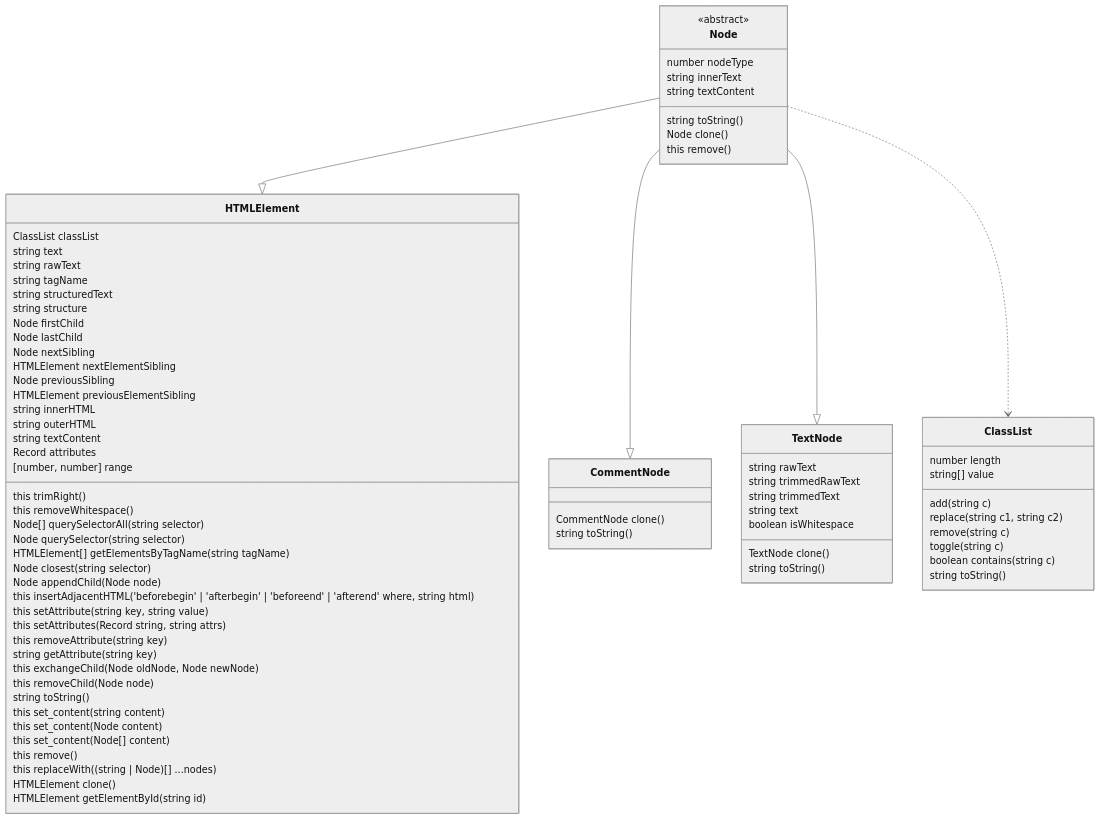
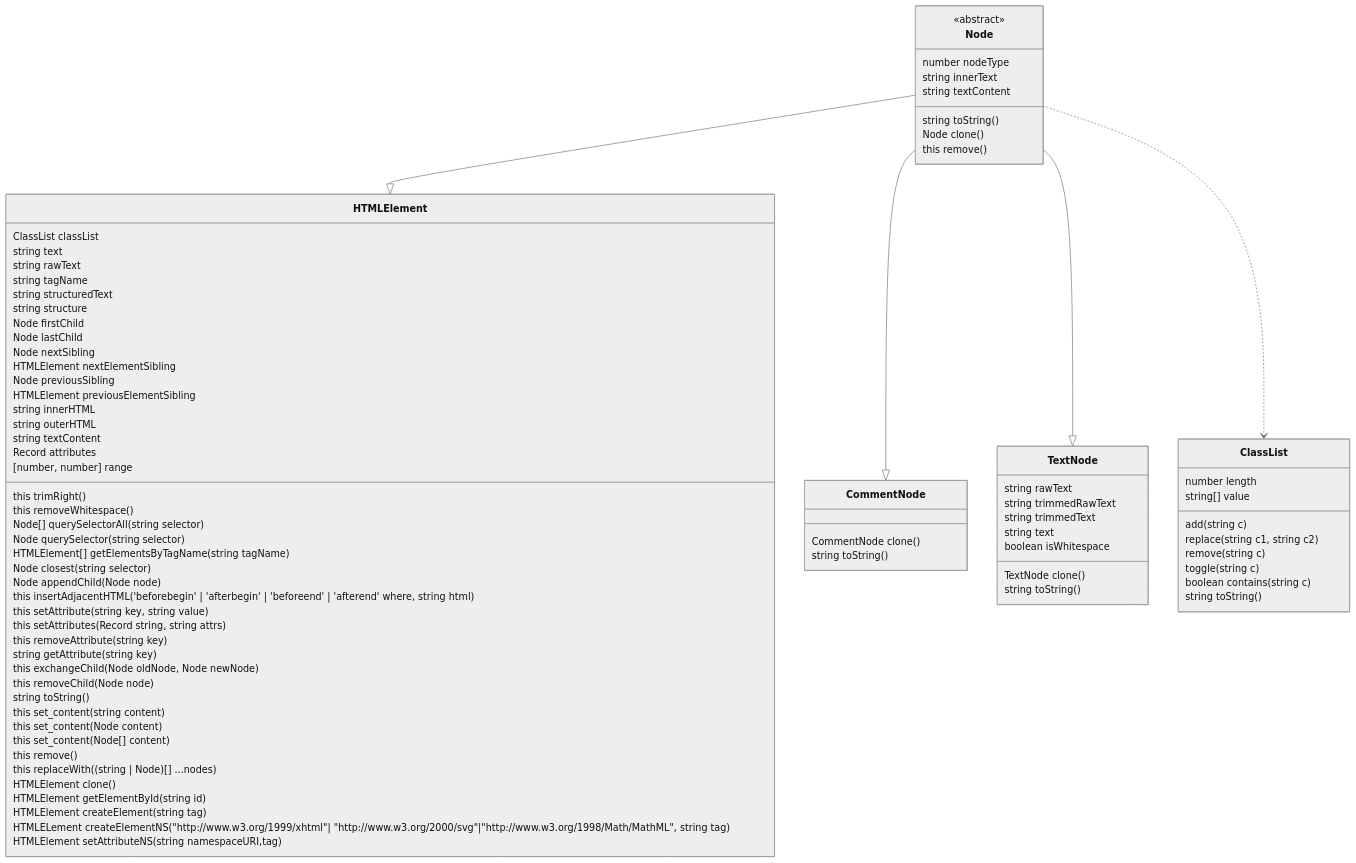
The diagram in README.md (zolexander/node-html-parser), drawn with Mermaid (neutral theme) before and after one commit. The commit also changed other lines of this file, not shown here.

```diff
--- a/README.md
+++ b/README.md
@@ -131,6 +131,9 @@
 	ClassList classList
 	HTMLElement clone()
 	HTMLElement getElementById(string id)
+	HTMLElement createElement(string tag)
+	HTMLELement createElementNS("http://www.w3.org/1999/xhtml"| "http://www.w3.org/2000/svg"|"http://www.w3.org/1998/Math/MathML", string tag)
+	HTMLElement setAttributeNS(string namespaceURI,tag)
 	string text
 	string rawText
 	string tagName
```
